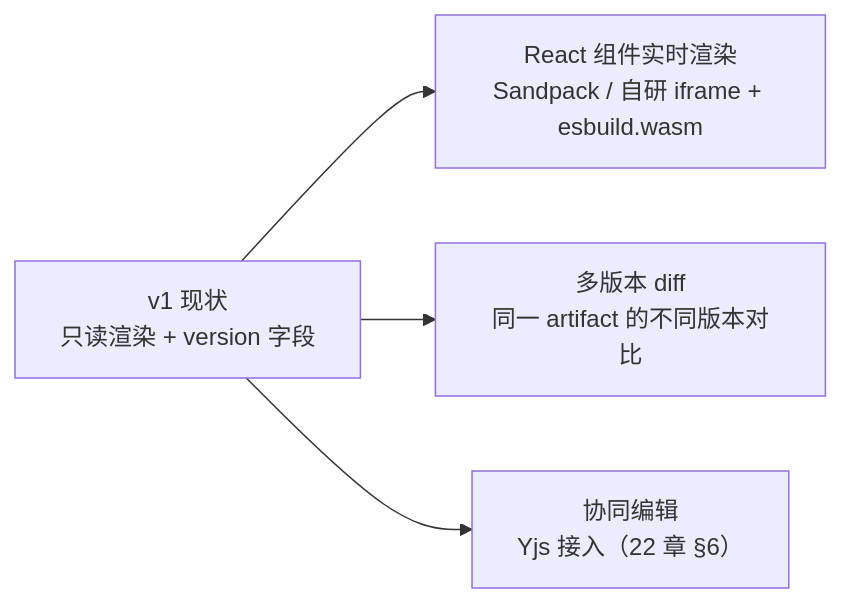
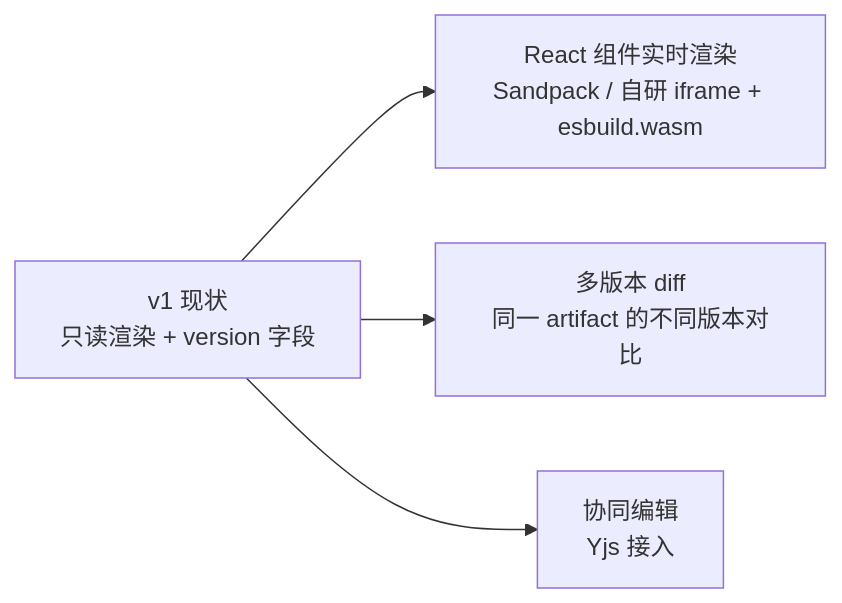
Before and after one commit to UranusGit/java-agent-learn: the third of 3 diagrams in docs/web-claude/09-Artifacts.md, drawn with Mermaid. The commit also changed other lines of this file and 184 other files, not shown here.

````diff
--- a/docs/web-claude/09-Artifacts.md
+++ b/docs/web-claude/09-Artifacts.md
@@ -448,6 +448,6 @@
 ```mermaid
 flowchart LR
     V1["v1 现状<br/>只读渲染 + version 字段"] --> R1["React 组件实时渲染<br/>Sandpack / 自研 iframe + esbuild.wasm"]
     V1 --> R2["多版本 diff<br/>同一 artifact 的不同版本对比"]
-    V1 --> R3["协同编辑<br/>Yjs 接入（22 章 §6）"]
+    V1 --> R3["协同编辑<br/>Yjs 接入"]
 ```
````
